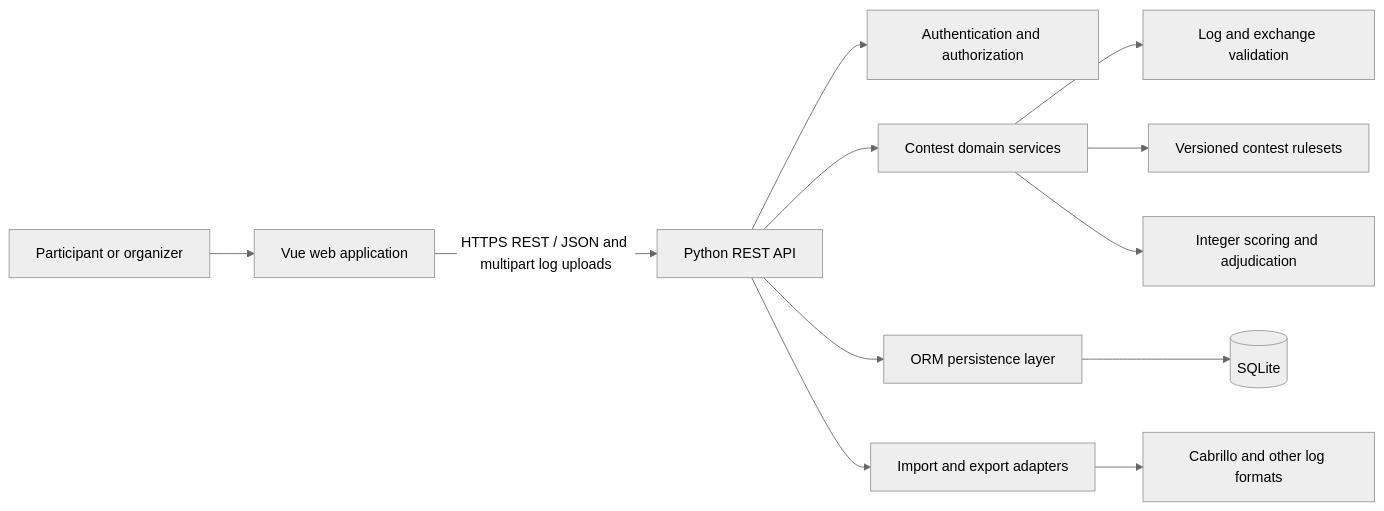
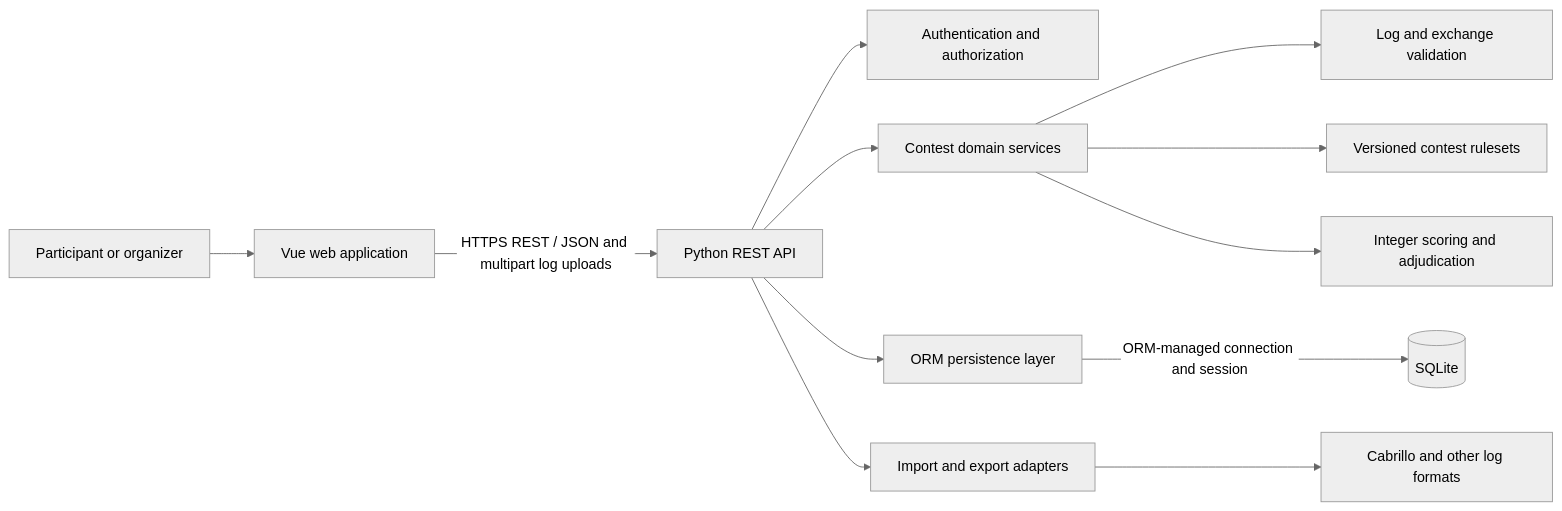
The first of 2 diagrams in documentation/README.md (ea7klk/contestmaster), drawn with Mermaid (neutral theme) before and after one commit. The commit also changed other lines of this file, not shown here.

Commit message:
Clarify ORM-managed SQLite connection path

````diff
--- a/documentation/README.md
+++ b/documentation/README.md
@@ -40,14 +40,14 @@
 ```mermaid
 flowchart LR
     Person[Participant or organizer] --> Web[Vue web application]
     Web -->|HTTPS REST / JSON and multipart log uploads| API[Python REST API]
     API --> Auth[Authentication and authorization]
     API --> Domain[Contest domain services]
     Domain --> Validation[Log and exchange validation]
     Domain --> Rules[Versioned contest rulesets]
     Domain --> Scoring[Integer scoring and adjudication]
     API --> Store[ORM persistence layer]
-    Store --> DB[(SQLite)]
+    Store -->|ORM-managed connection and session| DB[(SQLite)]
     API --> Adapters[Import and export adapters]
     Adapters --> Formats[Cabrillo and other log formats]
 ```
````
